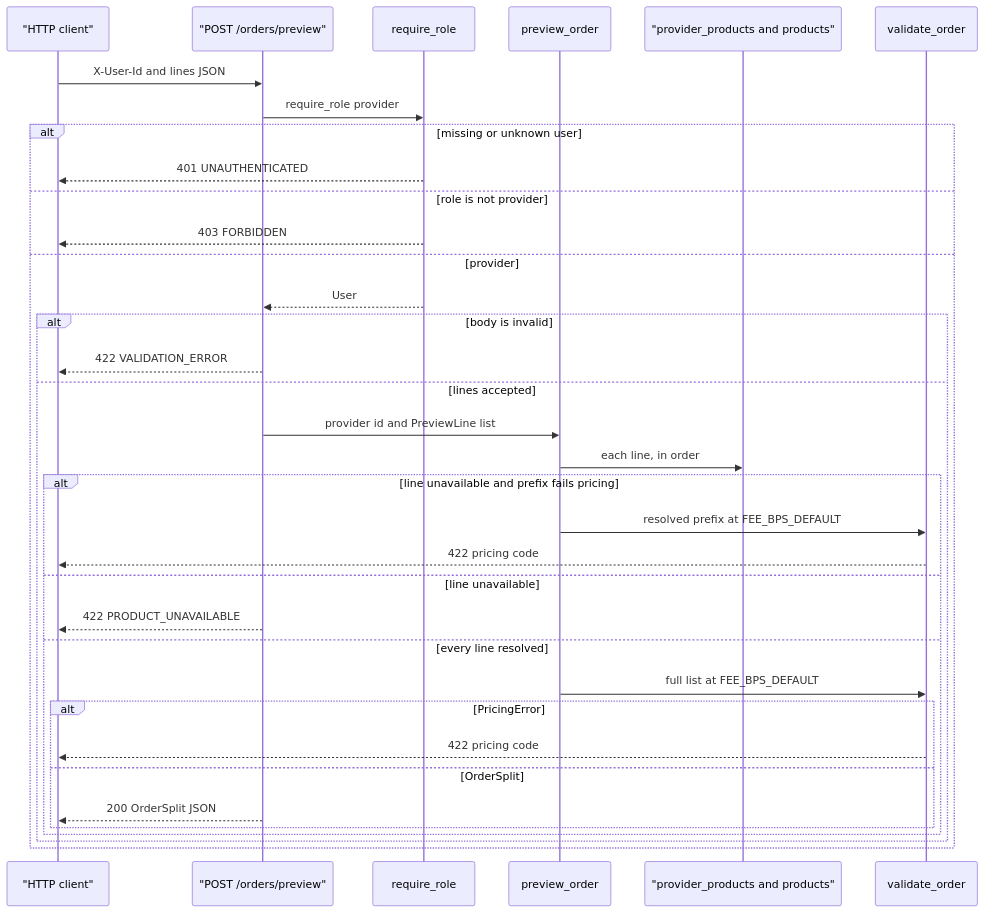
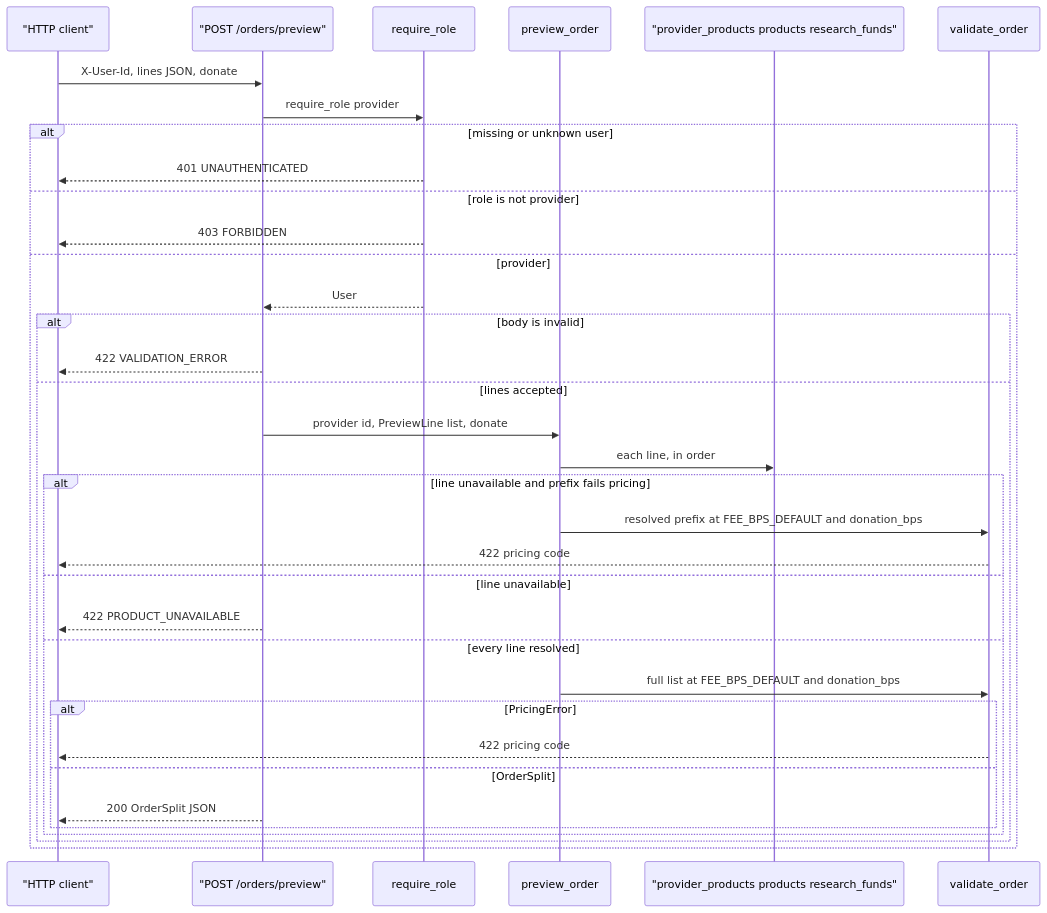
One commit to drtclem/cerbo_wk1 changed the diagram in docs/diagrams/flows/order-preview.md. Above: the diagram before and after it, drawn with Mermaid. The commit also changed other lines of this file and 46 other files, not shown here.

First line of the commit message:
T23: Research donations (5% of margin per line, D12)

````diff
--- a/docs/diagrams/flows/order-preview.md
+++ b/docs/diagrams/flows/order-preview.md
@@ -9,38 +9,38 @@
 ```mermaid
 sequenceDiagram
   participant Client as "HTTP client"
   participant Preview as "POST /orders/preview"
   participant Auth as require_role
   participant Orders as preview_order
-  participant Rows as "provider_products and products"
+  participant Rows as "provider_products products research_funds"
   participant Money as validate_order
 
-  Client->>Preview: X-User-Id and lines JSON
+  Client->>Preview: X-User-Id, lines JSON, donate
   Preview->>Auth: require_role provider
   alt missing or unknown user
     Auth-->>Client: 401 UNAUTHENTICATED
   else role is not provider
     Auth-->>Client: 403 FORBIDDEN
   else provider
     Auth-->>Preview: User
     alt body is invalid
       Preview-->>Client: 422 VALIDATION_ERROR
     else lines accepted
-      Preview->>Orders: provider id and PreviewLine list
+      Preview->>Orders: provider id, PreviewLine list, donate
       Orders->>Rows: each line, in order
       alt line unavailable and prefix fails pricing
-        Orders->>Money: resolved prefix at FEE_BPS_DEFAULT
+        Orders->>Money: resolved prefix at FEE_BPS_DEFAULT and donation_bps
         Money-->>Client: 422 pricing code
       else line unavailable
         Preview-->>Client: 422 PRODUCT_UNAVAILABLE
       else every line resolved
-        Orders->>Money: full list at FEE_BPS_DEFAULT
+        Orders->>Money: full list at FEE_BPS_DEFAULT and donation_bps
         alt PricingError
           Money-->>Client: 422 pricing code
         else OrderSplit
           Preview-->>Client: 200 OrderSplit JSON
         end
       end
     end
   end
 ```
````
